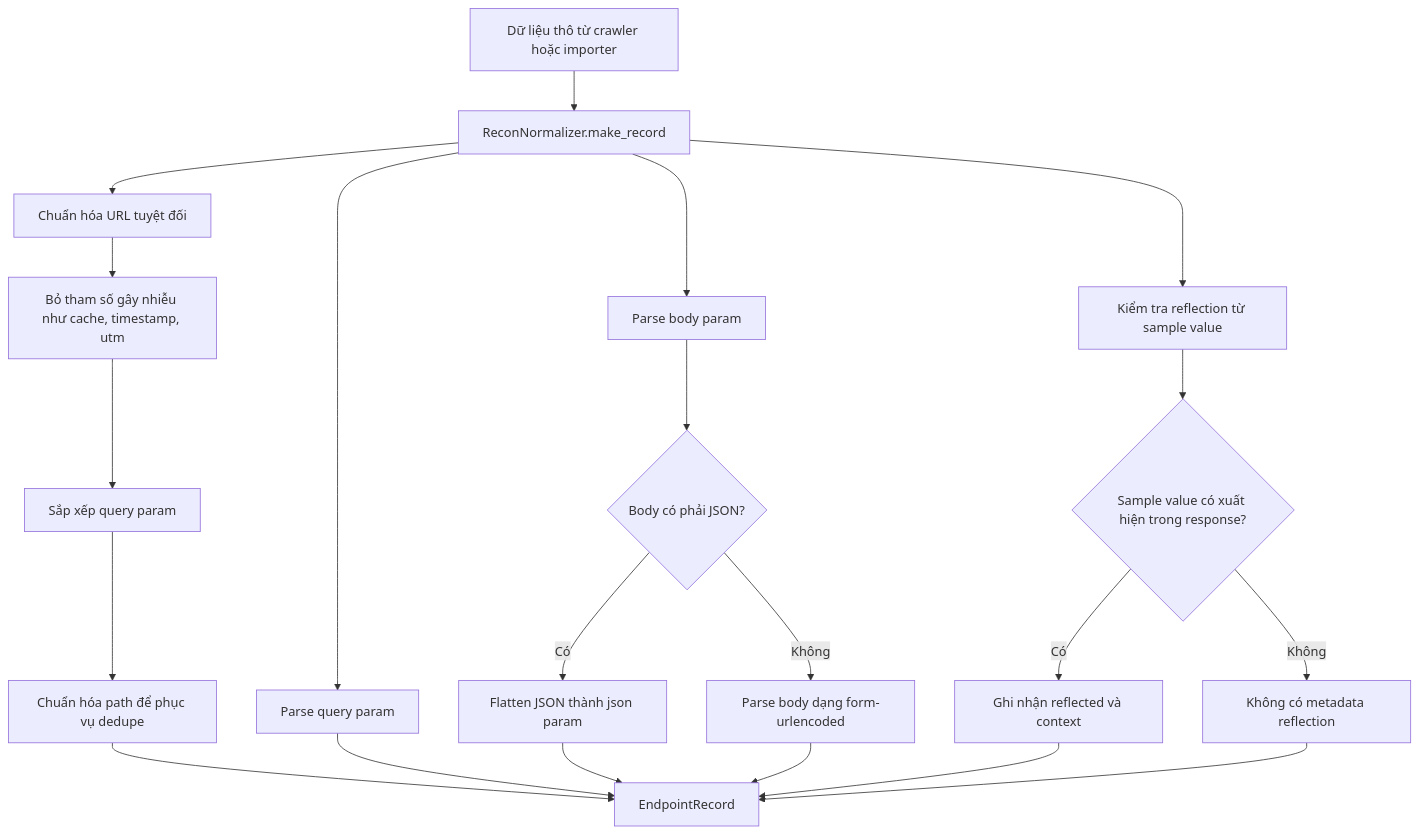
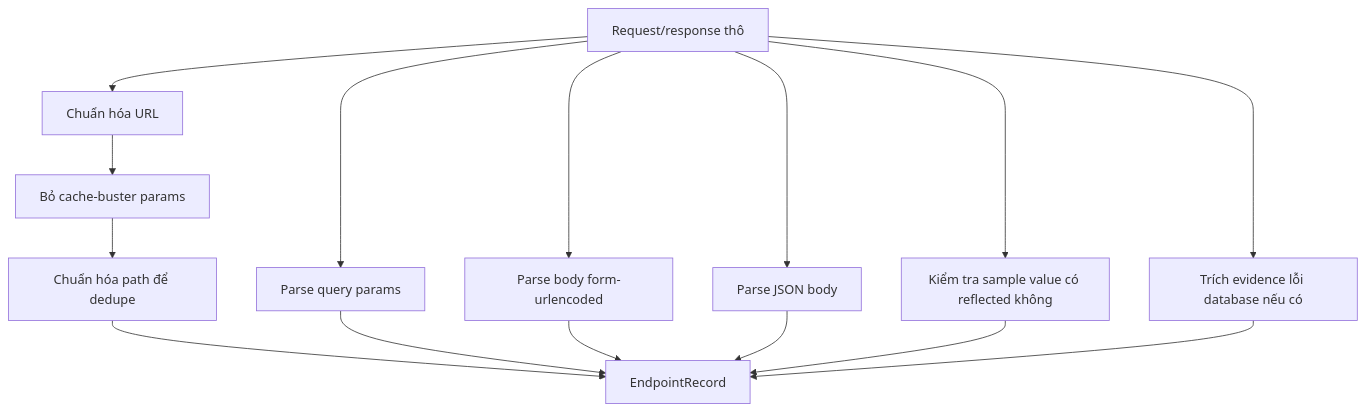
Before and after one commit to penguino7/toolkiemthu: the fifth of 8 diagrams in recontool/RECON_FLOW.md, drawn with Mermaid. The commit also changed other lines of this file and 34 other files, not shown here.

````diff
--- a/recontool/RECON_FLOW.md
+++ b/recontool/RECON_FLOW.md
@@ -135,26 +90,20 @@
 ```mermaid
 flowchart TD
-    A[Dữ liệu thô từ crawler hoặc importer] --> B[ReconNormalizer.make_record]
-    B --> C[Chuẩn hóa URL tuyệt đối]
-    C --> D[Bỏ tham số gây nhiễu như cache, timestamp, utm]
-    D --> E[Sắp xếp query param]
-    E --> F[Chuẩn hóa path để phục vụ dedupe]
+    A[Request/response thô] --> B[Chuẩn hóa URL]
+    B --> C[Bỏ cache-buster params]
+    C --> D[Chuẩn hóa path để dedupe]
 
-    B --> G[Parse query param]
-    B --> H[Parse body param]
-    H --> I{Body có phải JSON?}
-    I -->|Có| J[Flatten JSON thành json param]
-    I -->|Không| K[Parse body dạng form-urlencoded]
+    A --> E[Parse query params]
+    A --> F[Parse body form-urlencoded]
+    A --> G[Parse JSON body]
 
-    B --> L[Kiểm tra reflection từ sample value]
-    L --> M{Sample value có xuất hiện trong response?}
-    M -->|Có| N[Ghi nhận reflected và context]
-    M -->|Không| O[Không có metadata reflection]
+    A --> H[Kiểm tra sample value có reflected không]
+    A --> I[Trích evidence lỗi database nếu có]
 
-    F --> P[EndpointRecord]
-    G --> P
-    J --> P
-    K --> P
-    N --> P
-    O --> P
+    D --> J[EndpointRecord]
+    E --> J
+    F --> J
+    G --> J
+    H --> J
+    I --> J
 ```
````
